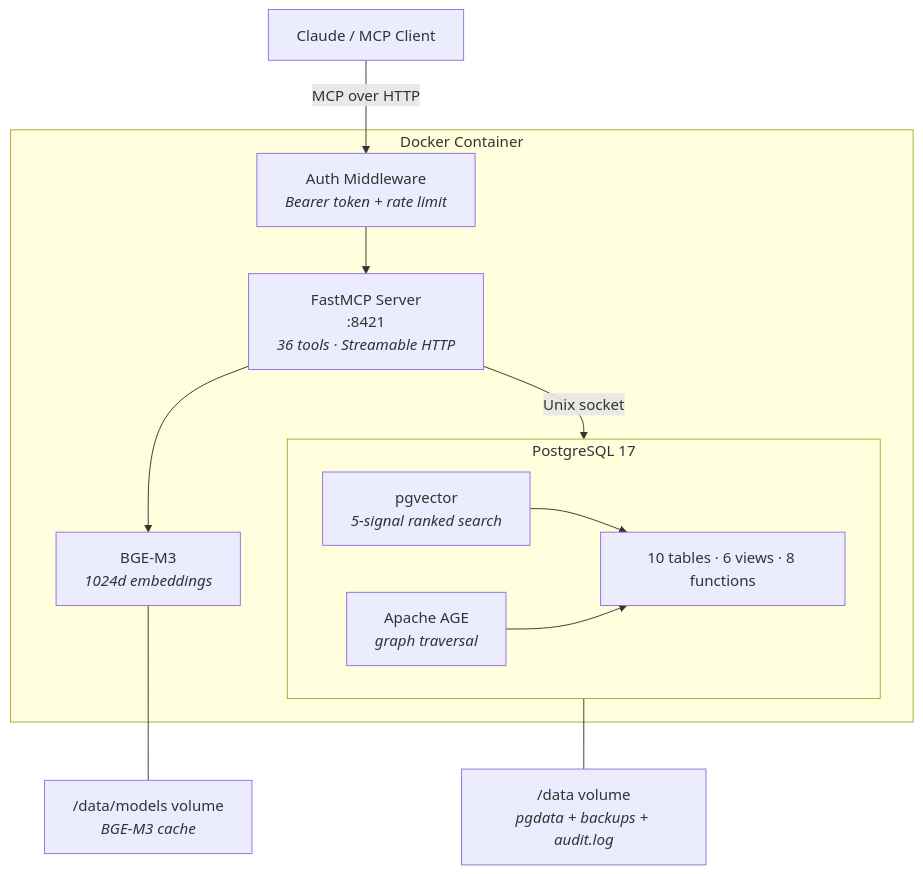
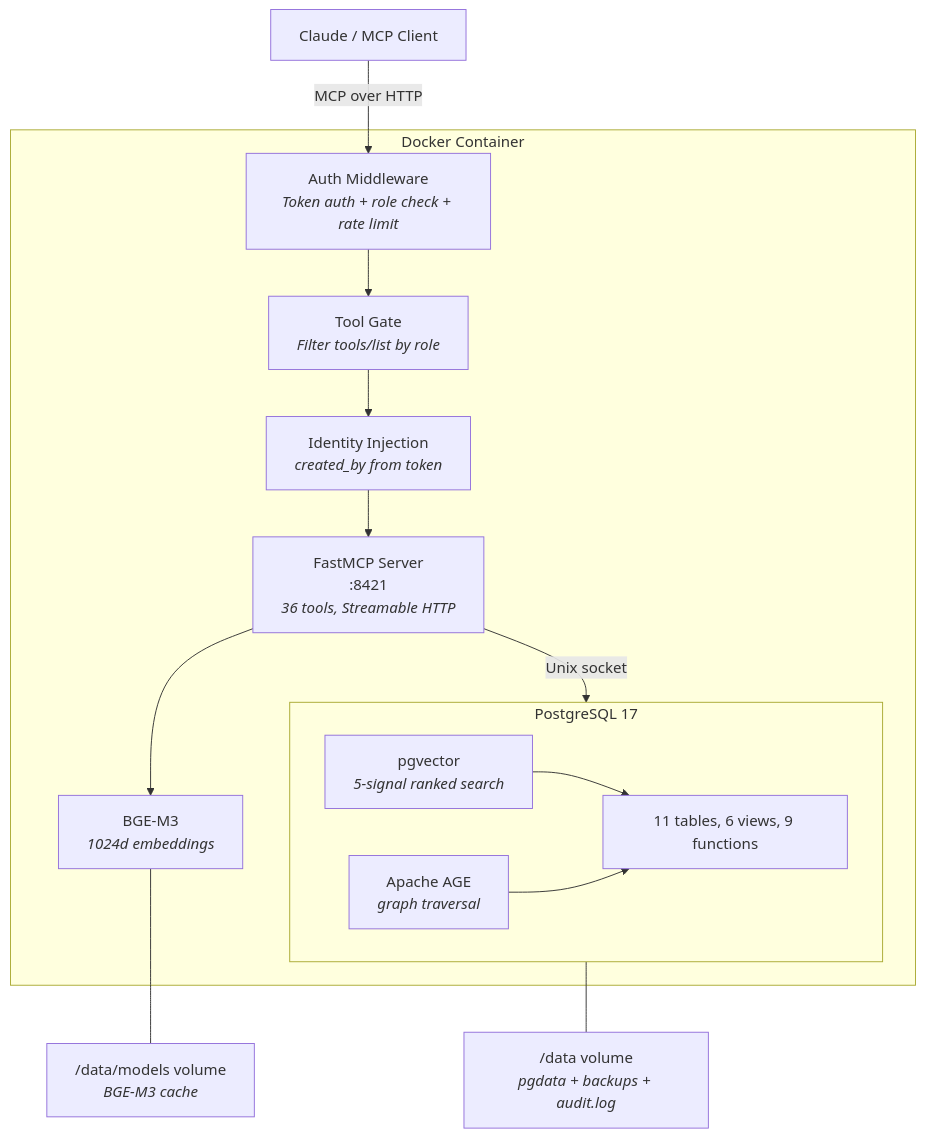
The first of 2 diagrams in README.md (ufelmann/HiveMem), drawn with Mermaid before and after one commit. The commit also changed other lines of this file, not shown here.

Commit message:
docs: rewrite README for token management, 164 tests, SQL fixes

````diff
--- a/README.md
+++ b/README.md
@@ -130,28 +143,32 @@
 ```mermaid
 graph TB
     Client["Claude / MCP Client"]
 
     subgraph Container["Docker Container"]
-        Auth["Auth Middleware<br/><i>Bearer token + rate limit</i>"]
-        MCP["FastMCP Server<br/>:8421<br/><i>36 tools · Streamable HTTP</i>"]
+        Auth["Auth Middleware<br/><i>Token auth + role check + rate limit</i>"]
+        ToolGate["Tool Gate<br/><i>Filter tools/list by role</i>"]
+        Identity["Identity Injection<br/><i>created_by from token</i>"]
+        MCP["FastMCP Server<br/>:8421<br/><i>36 tools, Streamable HTTP</i>"]
         BGE["BGE-M3<br/><i>1024d embeddings</i>"]
 
         subgraph PG["PostgreSQL 17"]
             pgvector["pgvector<br/><i>5-signal ranked search</i>"]
             AGE["Apache AGE<br/><i>graph traversal</i>"]
-            Tables["10 tables · 6 views · 8 functions"]
+            Tables["11 tables, 6 views, 9 functions"]
         end
     end
 
     Volume["/data volume<br/><i>pgdata + backups + audit.log</i>"]
     Models["/data/models volume<br/><i>BGE-M3 cache</i>"]
 
     Client -->|"MCP over HTTP"| Auth
-    Auth --> MCP
+    Auth --> ToolGate
+    ToolGate --> Identity
+    Identity --> MCP
     MCP --> BGE
     MCP -->|"Unix socket"| PG
     pgvector --> Tables
     AGE --> Tables
     PG --- Volume
     BGE --- Models
 ```
````
